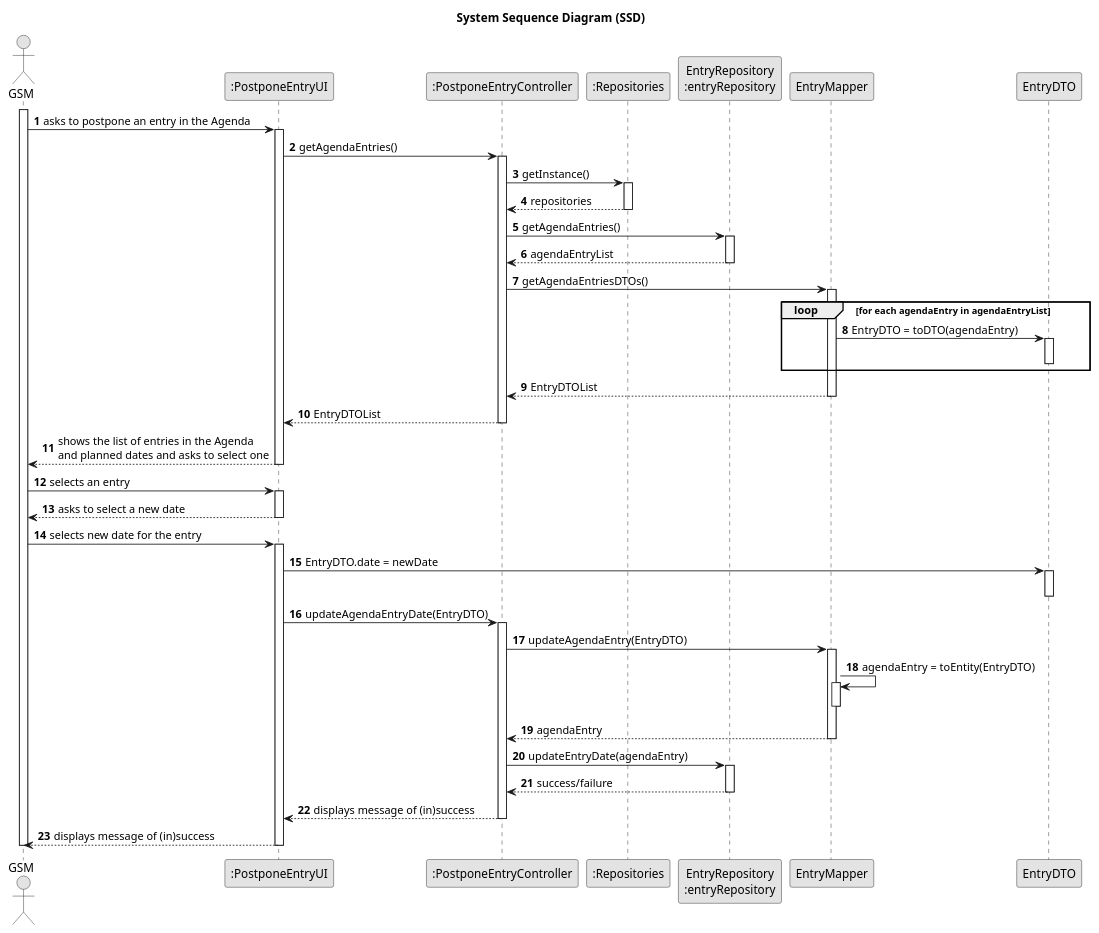
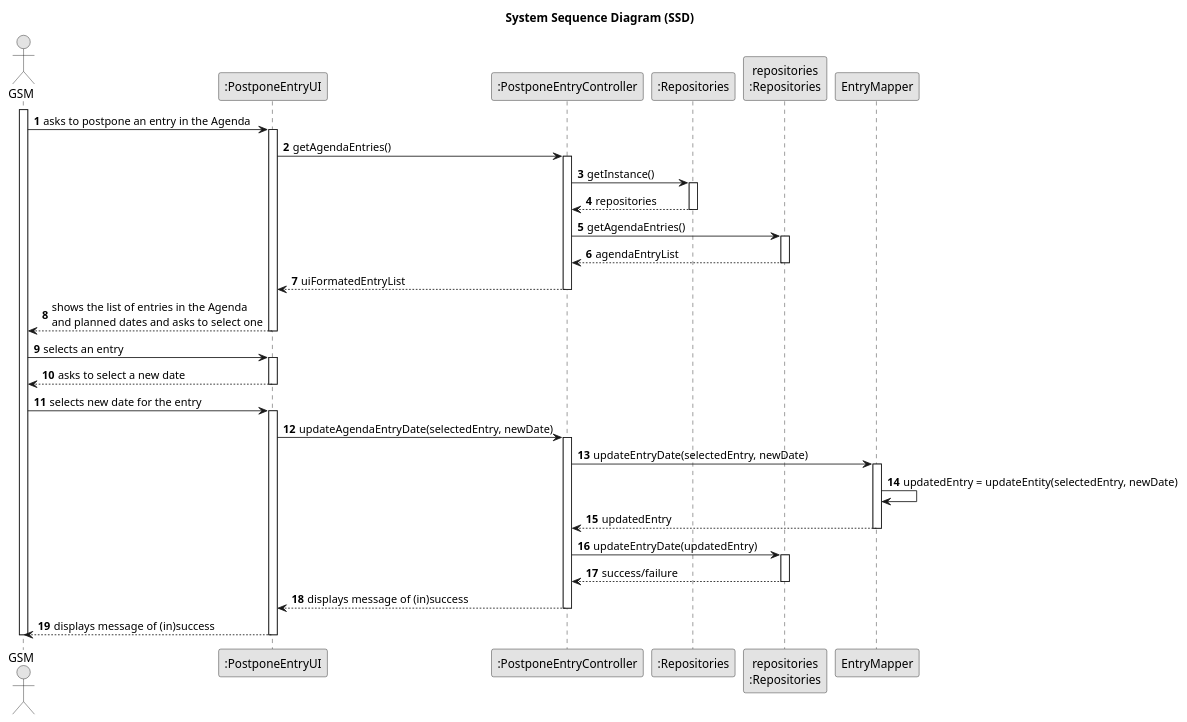
Before and after one commit to RicardoMorim/lapr2-ISEP-Project: the diagram in docs/sprintC/us024/03.design/puml/us024-sequence-diagram.puml, drawn with PlantUML. The commit also changed 3 other files, not shown here.

Commit message:
updated us024 on the design sequence diagram

```diff
--- a/docs/sprintC/us024/03.design/puml/us024-sequence-diagram.puml
+++ b/docs/sprintC/us024/03.design/puml/us024-sequence-diagram.puml
@@ -1,95 +1,77 @@
 @startuml
 skinparam monochrome true
 skinparam packageStyle rectangle
 skinparam shadowing false
 
 title System Sequence Diagram (SSD)
 
 autonumber
 
 actor "GSM" as Employee
 participant ":PostponeEntryUI" as UI
 participant ":PostponeEntryController" as CTRL
 participant ":Repositories" as RepositorySingleton
-participant "EntryRepository\n:entryRepository" as AgendaRepo
-participant "EntryMapper"
-participant "EntryDTO"
+participant "repositories\n:Repositories" as AgendaRepo
+
 activate Employee
 
     Employee -> UI : asks to postpone an entry in the Agenda
     activate UI
 
         UI -> CTRL : getAgendaEntries()
         activate CTRL
 
             CTRL -> RepositorySingleton : getInstance()
             activate RepositorySingleton
 
                 RepositorySingleton --> CTRL: repositories
             deactivate RepositorySingleton
 
             CTRL -> AgendaRepo : getAgendaEntries()
             activate AgendaRepo
 
                 AgendaRepo --> CTRL : agendaEntryList
             deactivate AgendaRepo
 
-            CTRL -> "EntryMapper" : getAgendaEntriesDTOs()
-            activate "EntryMapper"
-
-            loop for each agendaEntry in agendaEntryList
-                "EntryMapper" -> "EntryDTO" : EntryDTO = toDTO(agendaEntry)
-                activate "EntryDTO"
-
-                deactivate "EntryDTO"
-            end
-
-            "EntryMapper" --> CTRL : EntryDTOList
-            deactivate "EntryMapper"
-
-            CTRL --> UI : EntryDTOList
+            CTRL --> UI : uiFormatedEntryList
         deactivate CTRL
 
         UI --> Employee : shows the list of entries in the Agenda\nand planned dates and asks to select one
     deactivate UI
 
     Employee -> UI : selects an entry
     activate UI
 
         UI --> Employee : asks to select a new date
     deactivate UI
 
     Employee -> UI : selects new date for the entry
     activate UI
 
-        UI -> "EntryDTO" : EntryDTO.date = newDate
-        activate "EntryDTO"
-        deactivate "EntryDTO"
-
-        UI -> CTRL : updateAgendaEntryDate(EntryDTO)
+        UI -> CTRL : updateAgendaEntryDate(selectedEntry, newDate)
         activate CTRL
 
-            CTRL -> "EntryMapper" : updateAgendaEntry(EntryDTO)
+            CTRL -> "EntryMapper" : updateEntryDate(selectedEntry, newDate)
             activate "EntryMapper"
 
-                "EntryMapper" -> "EntryMapper" : agendaEntry = toEntity(EntryDTO)
-                activate "EntryMapper"
-                deactivate
-            "EntryMapper" --> CTRL : agendaEntry
+                "EntryMapper" -> "EntryMapper" : updatedEntry = updateEntity(selectedEntry, newDate)
+
+
+            "EntryMapper" --> CTRL : updatedEntry
             deactivate "EntryMapper"
 
-            CTRL -> AgendaRepo : updateEntryDate(agendaEntry)
+            CTRL -> AgendaRepo : updateEntryDate(updatedEntry)
             activate AgendaRepo
 
                 AgendaRepo --> CTRL : success/failure
             deactivate AgendaRepo
 
             CTRL --> UI : displays message of (in)success
         deactivate CTRL
 
         UI --> Employee : displays message of (in)success
     deactivate UI
 
 deactivate Employee
 
 @enduml
```
